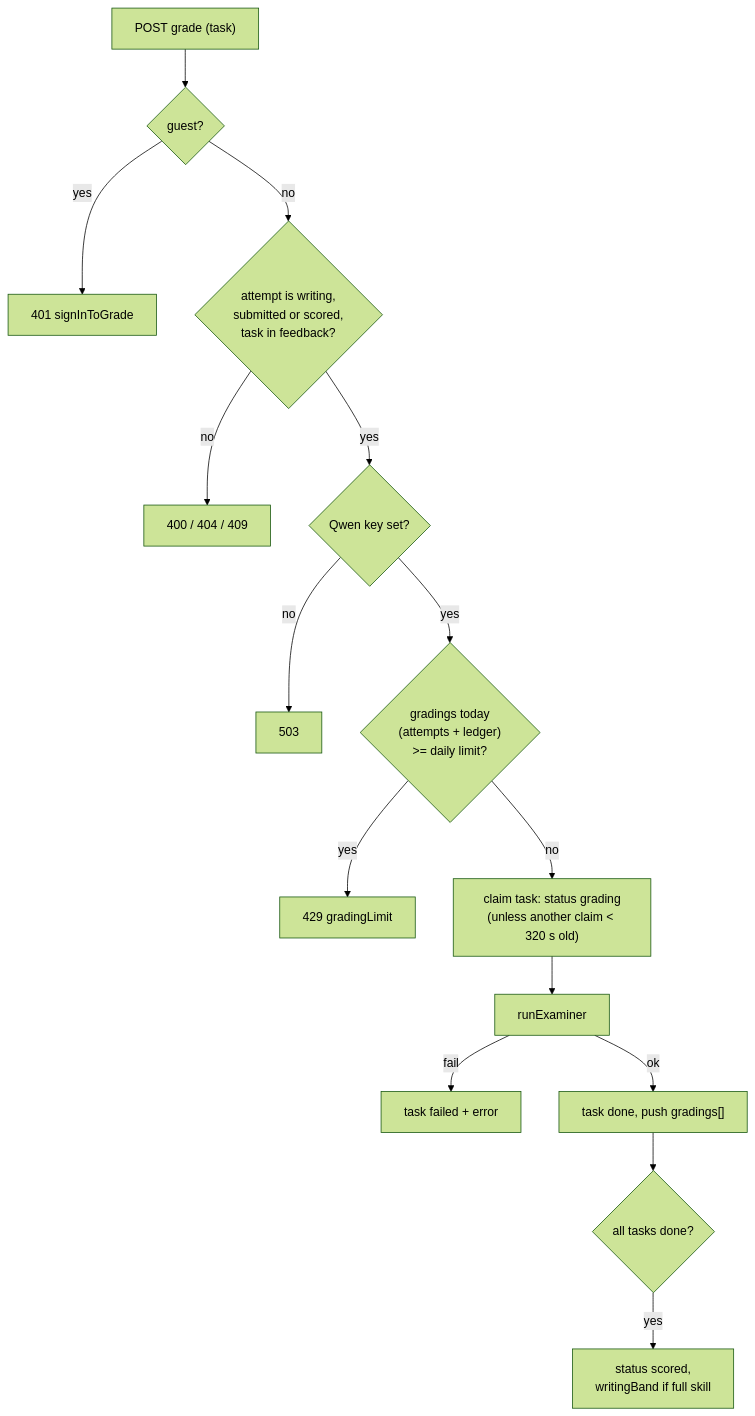
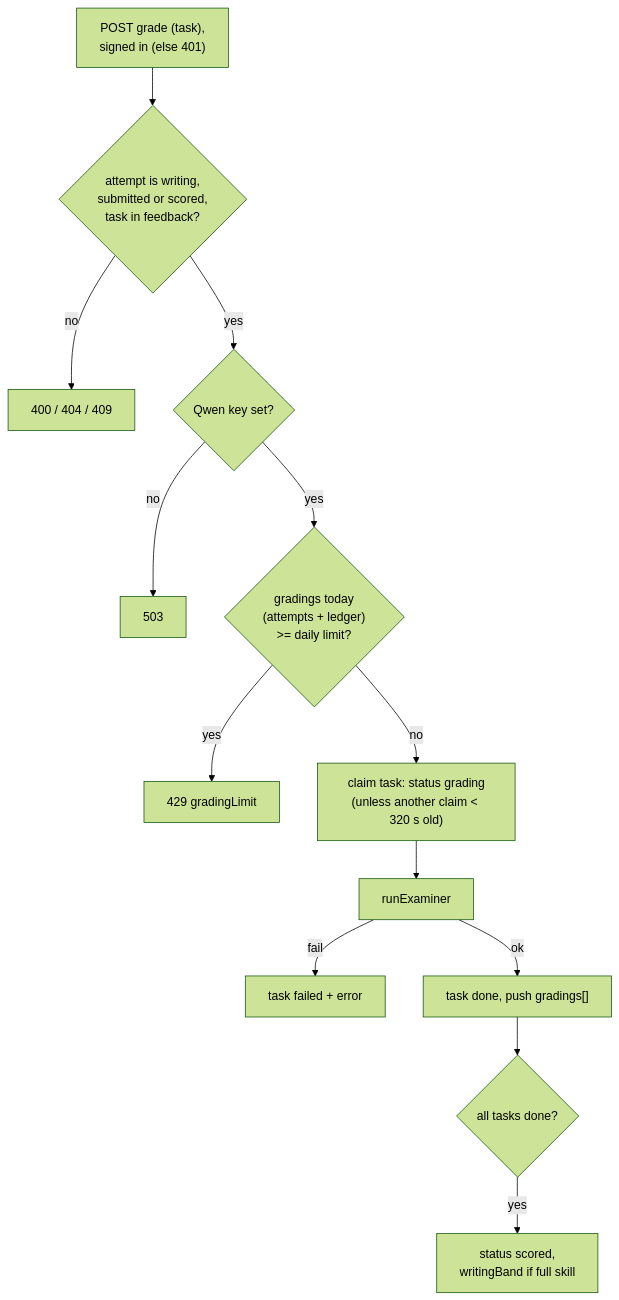
The fifth of 7 diagrams in docs/09-ielts.md (NaKMiers/English_For_Only_Me), drawn with Mermaid (forest theme) before and after one commit. The commit also changed other lines of this file and 181 other files, not shown here.

First line of the commit message:
feat(auth): require Google sign-in, add /auth/login, remove guest mode

````diff
--- a/docs/09-ielts.md
+++ b/docs/09-ielts.md
@@ -411,17 +411,15 @@
 ```mermaid
 flowchart TD
-  A["POST grade (task)"] --> B{"guest?"}
-  B -- yes --> X1["401 signInToGrade"]
-  B -- no --> C{"attempt is writing,<br/>submitted or scored,<br/>task in feedback?"}
+  A["POST grade (task),<br/>signed in (else 401)"] --> C{"attempt is writing,<br/>submitted or scored,<br/>task in feedback?"}
   C -- no --> X2["400 / 404 / 409"]
   C -- yes --> D{"Qwen key set?"}
   D -- no --> X3["503"]
   D -- yes --> E{"gradings today<br/>(attempts + ledger)<br/>>= daily limit?"}
   E -- yes --> X4["429 gradingLimit"]
   E -- no --> F["claim task: status grading<br/>(unless another claim < 320 s old)"]
   F --> G["runExaminer"]
   G -- fail --> H["task failed + error"]
   G -- ok --> I["task done, push gradings[]"]
   I --> J{"all tasks done?"}
   J -- yes --> K["status scored,<br/>writingBand if full skill"]
 ```
````
